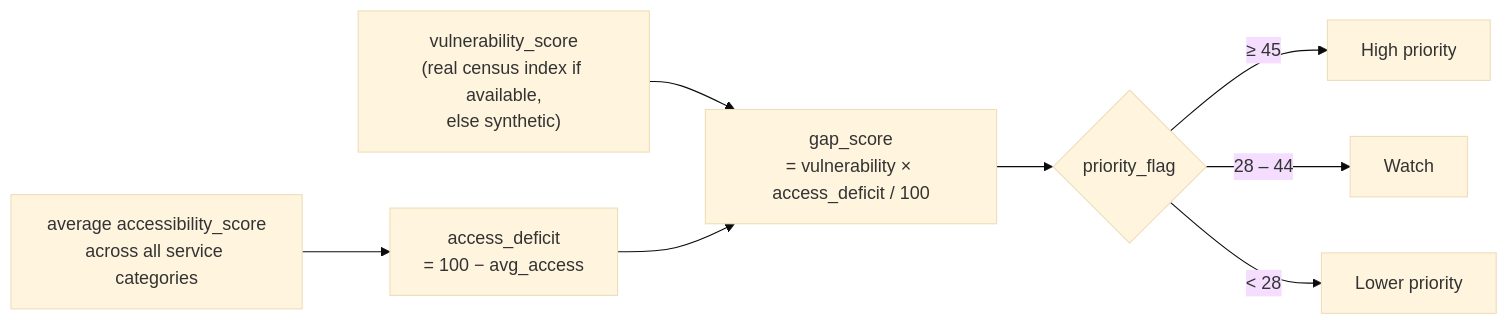
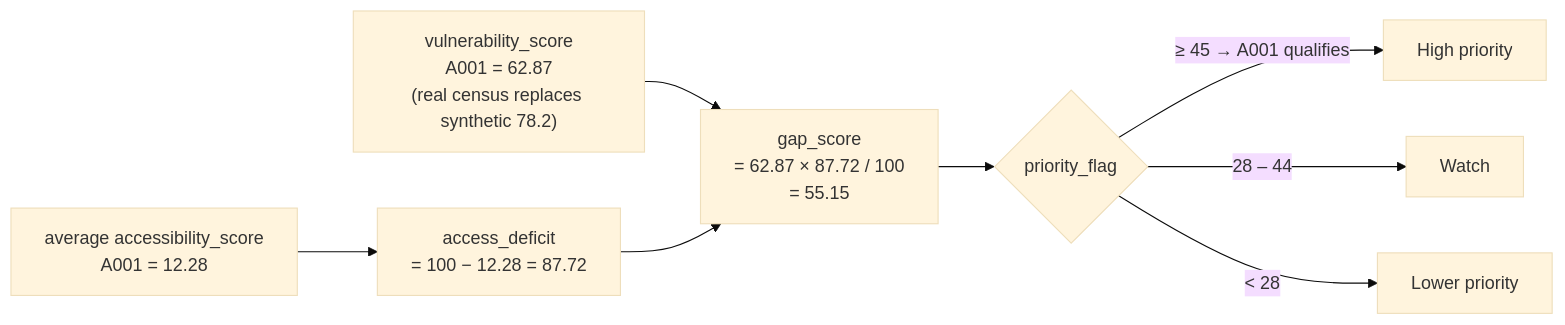
The fourth of 8 diagrams in docs/scoring-metrics-guide.md (frondyff/comm_need_radar), drawn with Mermaid (base theme) before and after one commit. The commit also changed other lines of this file and 5 other files, not shown here.

````diff
--- a/docs/scoring-metrics-guide.md
+++ b/docs/scoring-metrics-guide.md
@@ -128,10 +189,10 @@
 ```mermaid
 flowchart LR
-    VUL["vulnerability_score\n(real census index if available,\nelse synthetic)"] --> GS
-    AVG["average accessibility_score\nacross all service categories"] --> DEF["access_deficit\n= 100 − avg_access"]
-    DEF --> GS["gap_score\n= vulnerability × access_deficit / 100"]
+    VUL["vulnerability_score\nA001 = 62.87\n(real census replaces synthetic 78.2)"] --> GS
+    AVG["average accessibility_score\nA001 = 12.28"] --> DEF["access_deficit\n= 100 − 12.28 = 87.72"]
+    DEF --> GS["gap_score\n= 62.87 × 87.72 / 100\n= 55.15"]
     GS --> PF{"priority_flag"}
-    PF -->|"≥ 45"| HP["High priority"]
+    PF -->|"≥ 45 → A001 qualifies"| HP["High priority"]
     PF -->|"28 – 44"| WA["Watch"]
     PF -->|"< 28"| LP["Lower priority"]
 ```
````
